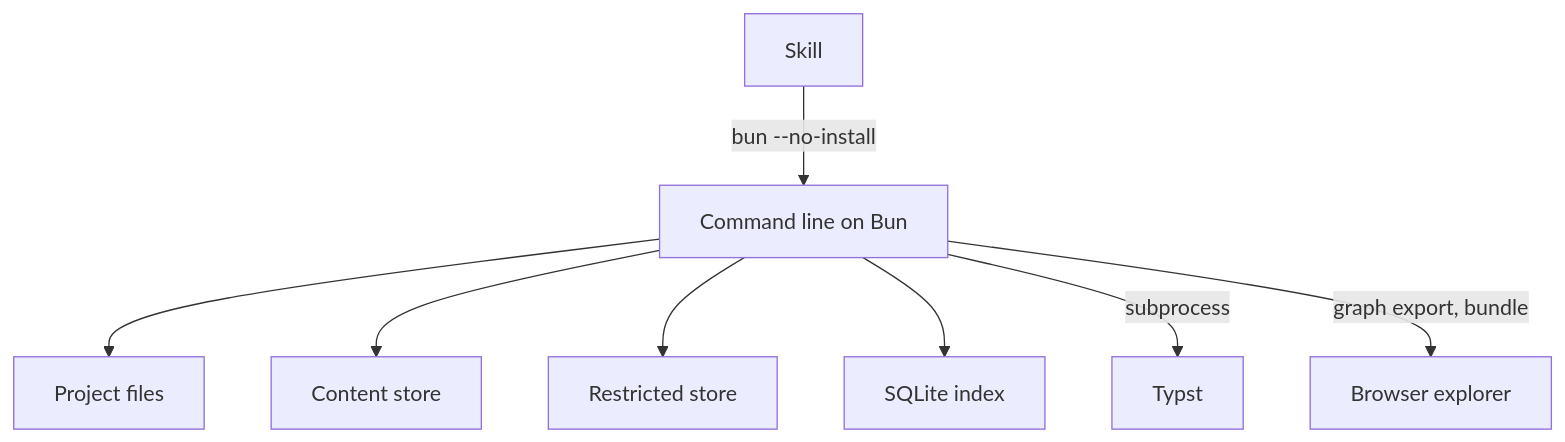
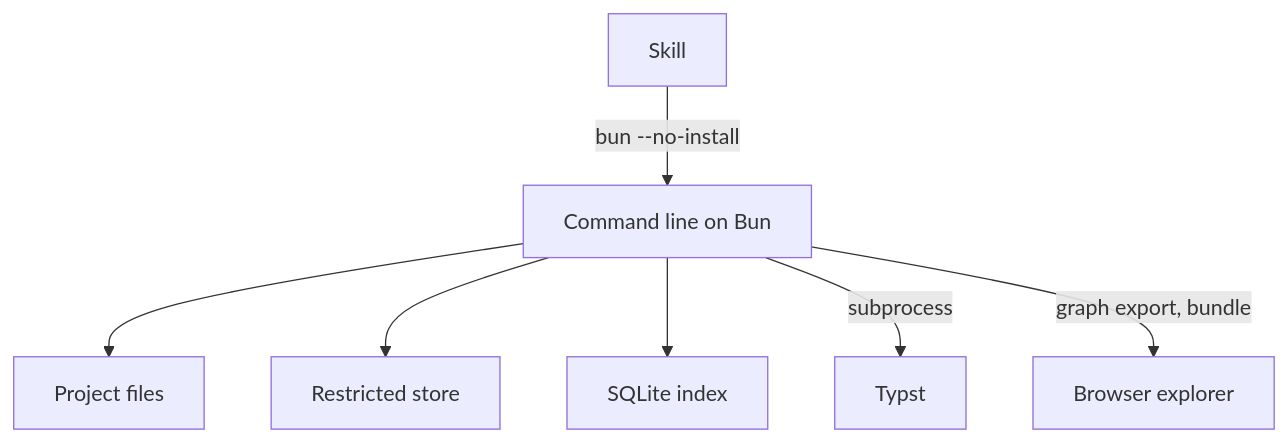
One commit to DocumentDrivenDX/stemma changed the third of 6 diagrams in docs/stemma/02-design/architecture.md. Above: the diagram before and after it, drawn with Mermaid. The commit also changed other lines of this file and 80 other files, not shown here.

````diff
--- a/docs/stemma/02-design/architecture.md
+++ b/docs/stemma/02-design/architecture.md
@@ -84,10 +130,9 @@
 ```mermaid
 graph TB
     Skill -->|bun --no-install| CLI["Command line on Bun"]
     CLI --> Files["Project files"]
-    CLI --> Store["Content store"]
     CLI --> Restricted["Restricted store"]
     CLI --> Index["SQLite index"]
     CLI -->|subprocess| Typst
     CLI -->|graph export, bundle| Explorer["Browser explorer"]
 ```
````
